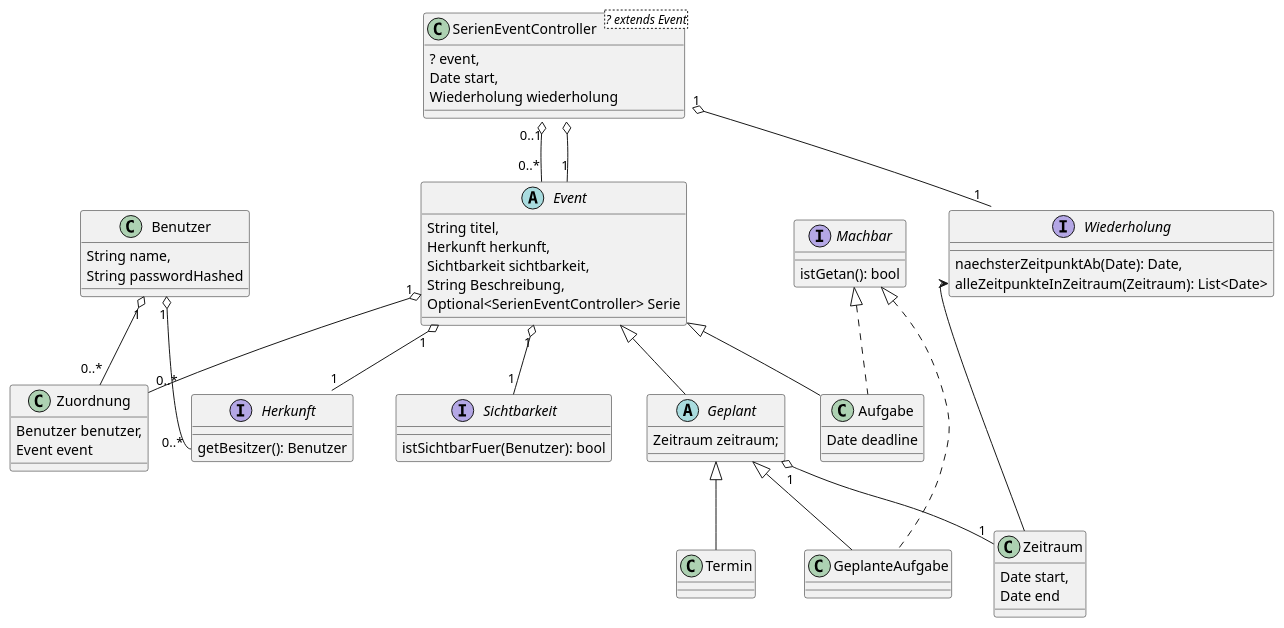
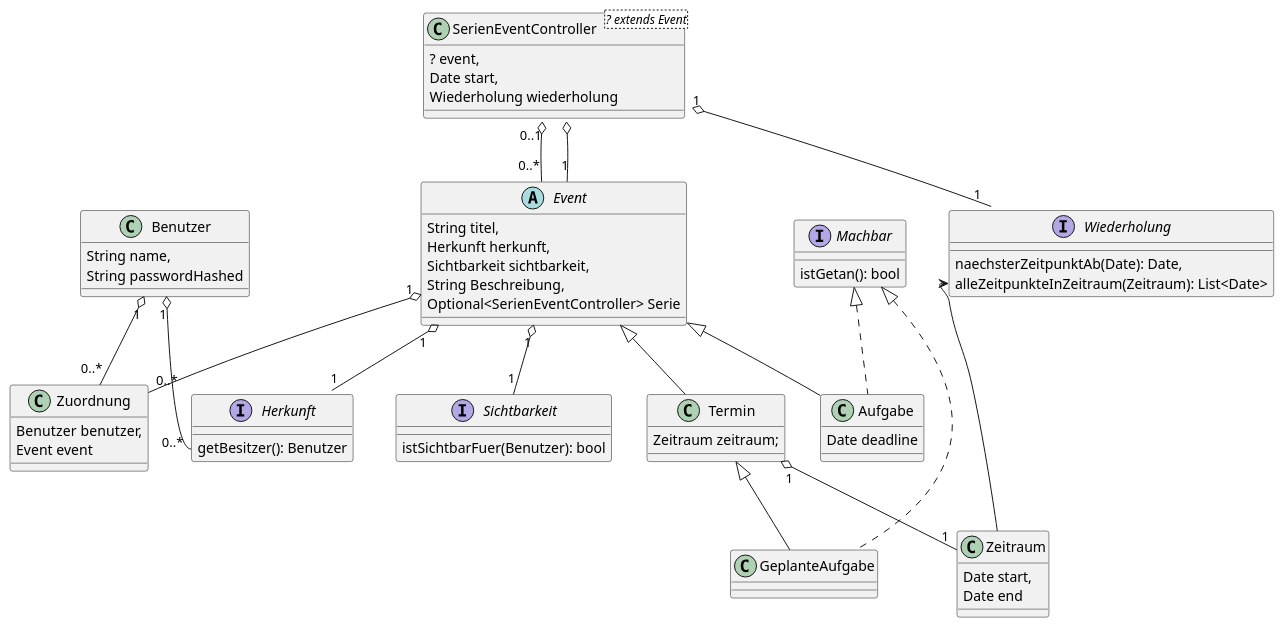
Before and after one commit to MisterT0815/ASE-Kalendario: the diagram in doc/DomainOverview.puml, drawn with PlantUML. The commit also changed 6 other files, not shown here.

Commit message:
Geplant direkt mit Termin ersetzt um unnötige Hierachiestufe zu vermeiden

```diff
--- a/doc/DomainOverview.puml
+++ b/doc/DomainOverview.puml
@@ -1,79 +1,76 @@
 @startuml
 class Benutzer{
     String name,
     String passwordHashed
 }
 class SerienEventController<? extends Event>{
     ? event,
     Date start,
     Wiederholung wiederholung
 }
 
 abstract class Event{
     String titel,
     Herkunft herkunft,
     Sichtbarkeit sichtbarkeit,
     String Beschreibung,
     Optional<SerienEventController> Serie
 }
 
 SerienEventController "0..1" o-- "0..*" Event
 SerienEventController::defaultEvent o-- "1" Event
 
 interface Herkunft{
     getBesitzer(): Benutzer
 }
 
 Event "1" o-- "1" Herkunft
 
 interface Sichtbarkeit{
     istSichtbarFuer(Benutzer): bool
 }
 
 Event "1" o-- "1" Sichtbarkeit
 
-class Termin extends Geplant{
-}
-
 interface Machbar{
     istGetan(): bool
 }
 
 class Aufgabe extends Event implements Machbar{
     Date deadline
 }
 
-class GeplanteAufgabe extends Geplant implements Machbar {
+class GeplanteAufgabe extends Termin implements Machbar {
 
 }
 
 interface Wiederholung{
     naechsterZeitpunktAb(Date): Date,
     alleZeitpunkteInZeitraum(Zeitraum): List<Date>
 }
 
-abstract class Geplant extends Event{
+class Termin extends Event{
     Zeitraum zeitraum;
 }
 
 class Zuordnung{
     Benutzer benutzer,
     Event event
 }
 
 class Zeitraum{
 Date start,
 Date end
 }
 
 
 Event "1" o-- "0..*" Zuordnung
 Benutzer "1" o-- "0..*" Zuordnung
 Benutzer "1" o-- "0..*" Herkunft::getBesitzer
 
 SerienEventController "1" o-- "1" Wiederholung
 
 
-Geplant "1" o-- "1" Zeitraum
+Termin "1" o-- "1" Zeitraum
 Wiederholung::alleZeitpunkteInZeitraum <-- Zeitraum
 @enduml
```
